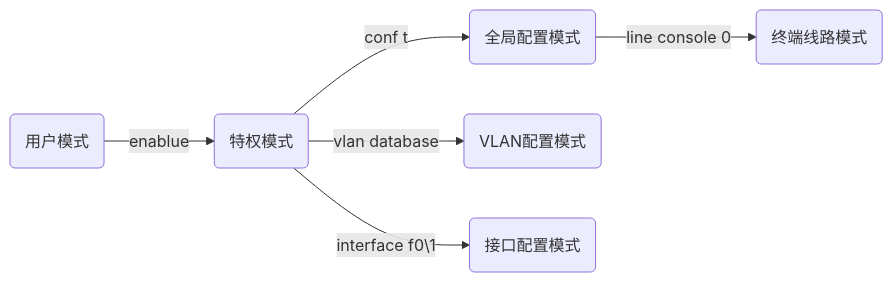
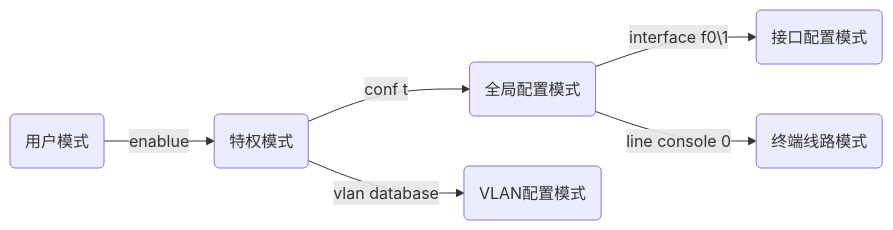
One commit to sosyz/MyNotes changed the first of 2 diagrams in 计算机网络工程/README.md. Above: the diagram before and after it, drawn with Mermaid. The commit also changed other lines of this file, not shown here.

````diff
--- a/计算机网络工程/README.md
+++ b/计算机网络工程/README.md
@@ -125,8 +125,8 @@
 ```mermaid
 graph LR
 A(用户模式) -->|enablue| B(特权模式) -->|conf t| C(全局配置模式)
 B -->|vlan database| D(VLAN配置模式)
-B -->|interface f0\1| E(接口配置模式)
+C -->|interface f0\1| E(接口配置模式)
 C -->|line console 0| F(终端线路模式)
 
 ```
````
